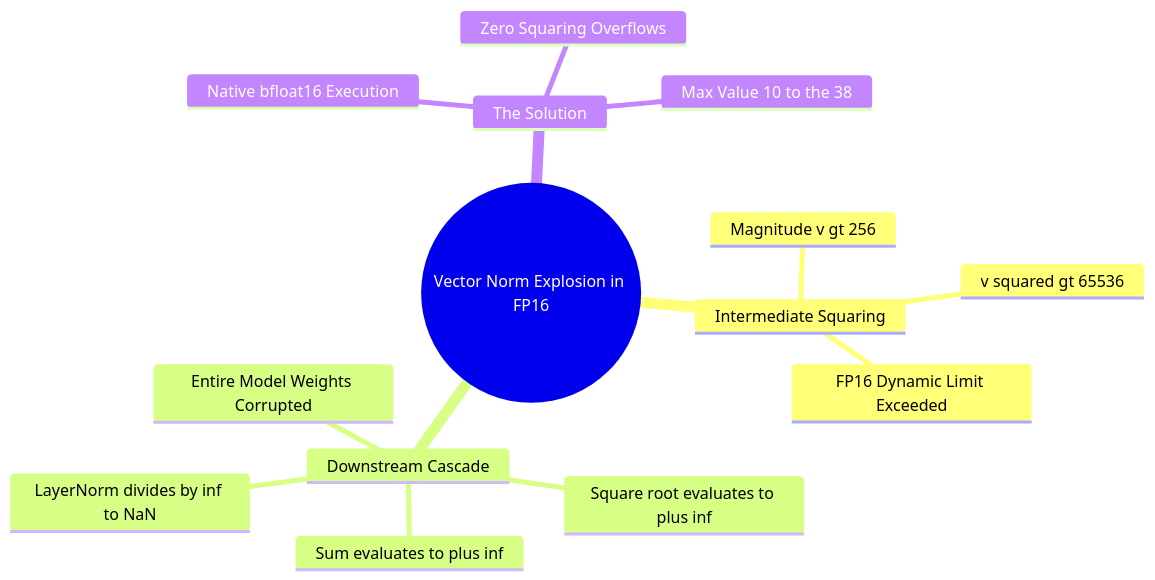
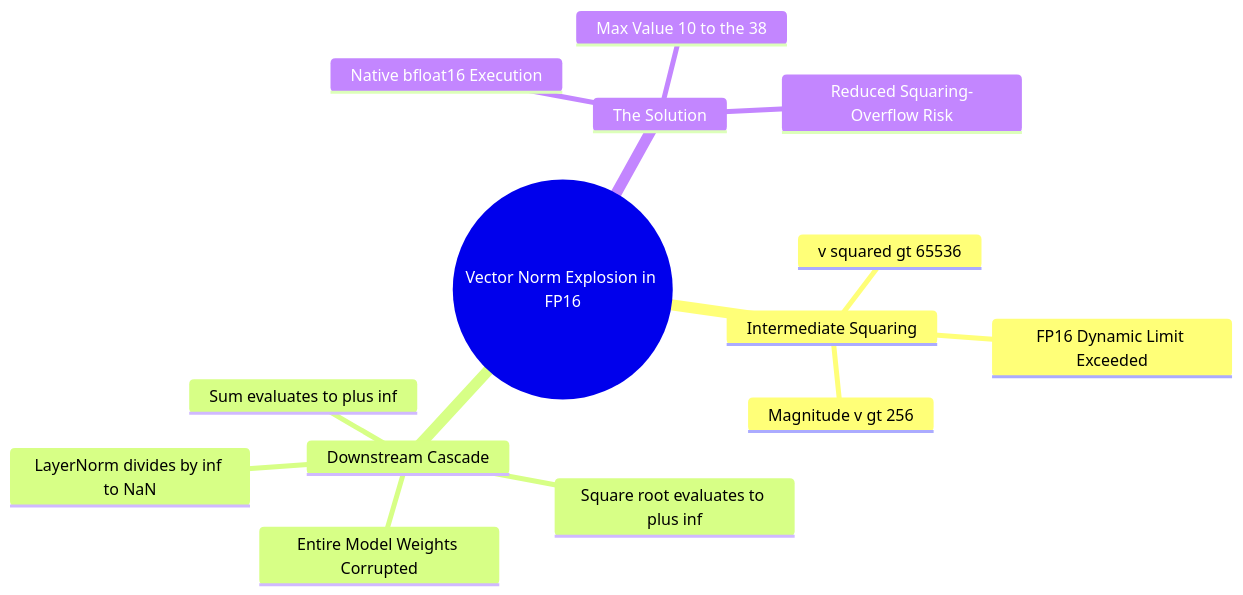
The diagram in AI/AI Projects/SynPath/SynPath-3D Computational Systems & Deep Learning Vault/16. 3. Vector Norm Divergence and FP16 Overflows in Geometric GNNs.md (Vtheonly/Obsidian_Notes), drawn with Mermaid before and after one commit. The commit also changed other lines of this file, not shown here.

````diff
--- a/AI/AI Projects/SynPath/SynPath-3D Computational Systems & Deep Learning Vault/16. 3. Vector Norm Divergence and FP16 Overflows in Geometric GNNs.md
+++ b/AI/AI Projects/SynPath/SynPath-3D Computational Systems & Deep Learning Vault/16. 3. Vector Norm Divergence and FP16 Overflows in Geometric GNNs.md
@@ -18,17 +18,17 @@
 ```mermaid
 mindmap
   root((Vector Norm Explosion in FP16))
     Intermediate Squaring
       Magnitude v gt 256
       v squared gt 65536
       FP16 Dynamic Limit Exceeded
     Downstream Cascade
       Sum evaluates to plus inf
       Square root evaluates to plus inf
       LayerNorm divides by inf to NaN
       Entire Model Weights Corrupted
     The Solution
       Native bfloat16 Execution
       Max Value 10 to the 38
-      Zero Squaring Overflows
+      Reduced Squaring-Overflow Risk
 ```
````
